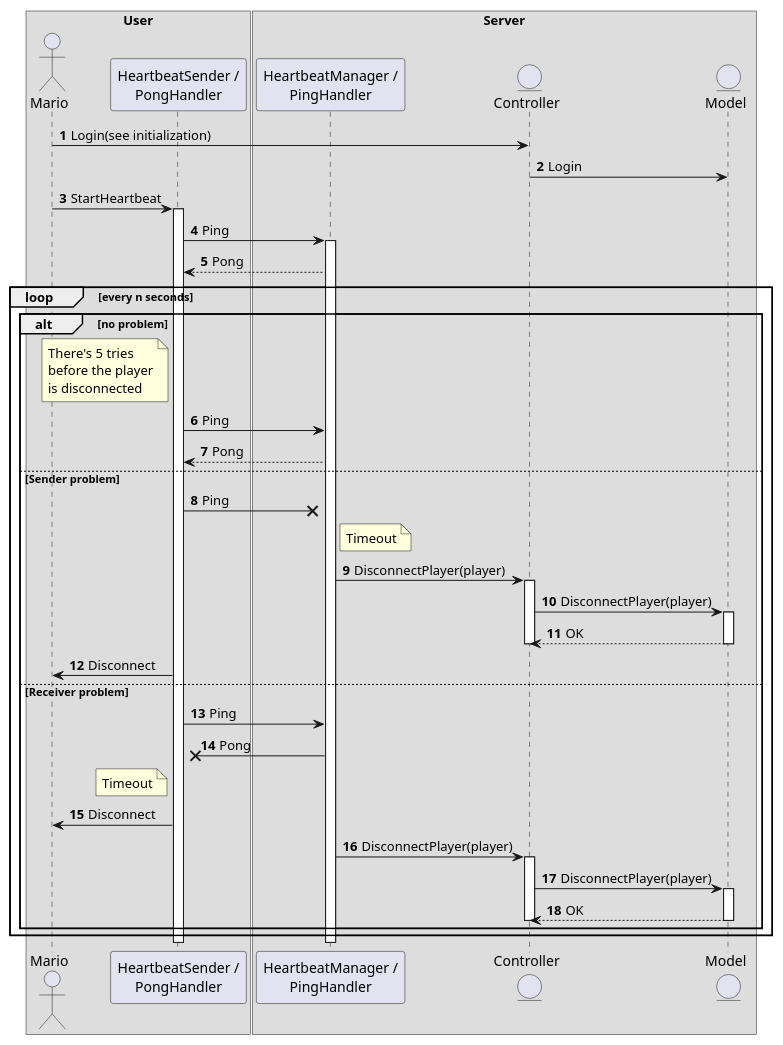
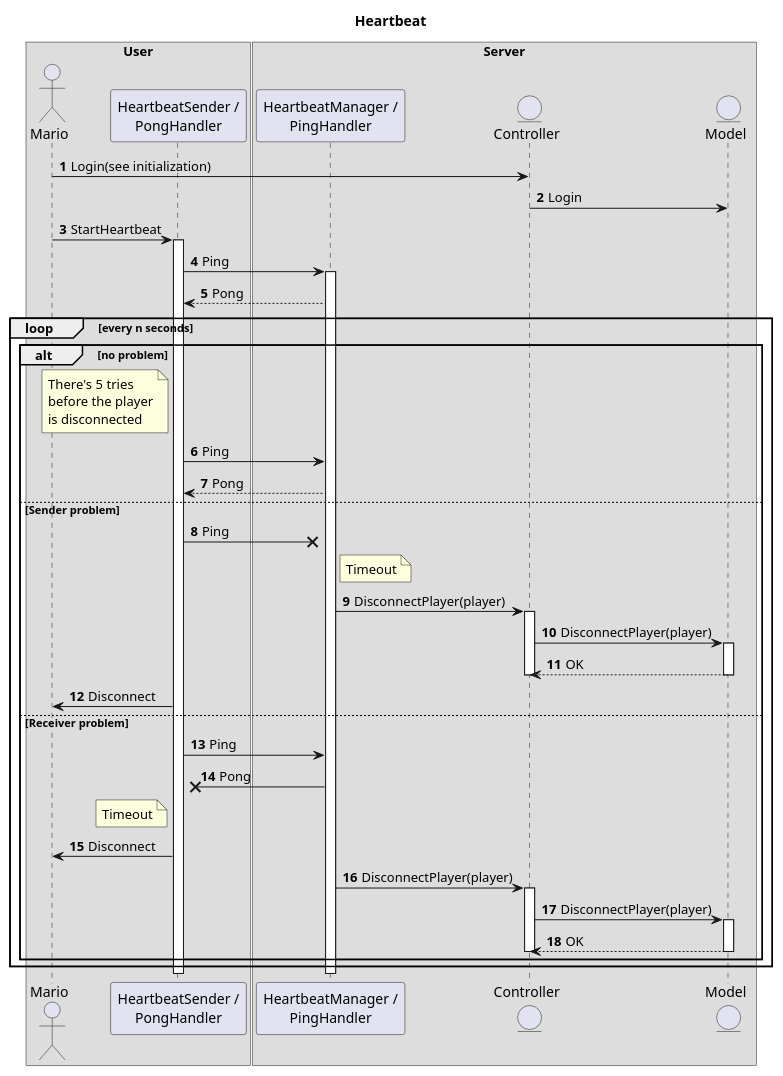
The diagram in UML/Sequence Diagram/src/heartbeat.puml (BiscottiBiscottati/IS24-AM11), drawn with PlantUML before and after one commit. The commit also changed 8 other files, not shown here.

Commit message:
updated game loop sequence diagram

```diff
--- a/UML/Sequence Diagram/src/heartbeat.puml
+++ b/UML/Sequence Diagram/src/heartbeat.puml
@@ -1,74 +1,76 @@
 @startuml heartbeat
 'https://plantuml.com/sequence-diagram
 
 autonumber
+
+title Heartbeat
 
 box User
 actor Mario
 participant "HeartbeatSender /\nPongHandler" as Sender
 end box
 
 box Server
 participant "HeartbeatManager /\nPingHandler" as Receiver
 entity Controller
 entity Model
 end box
 
 Mario -> Controller: Login(see initialization)
 Controller -> Model: Login
 Mario -> Sender: StartHeartbeat
 
 activate Sender
 
 Sender -> Receiver: Ping
 activate Receiver
 
 Receiver --> Sender: Pong
 loop every n seconds
 
     alt no problem
         note left of Sender
             There's 5 tries
             before the player
             is disconnected
         end note
         Sender -> Receiver: Ping
         Receiver --> Sender: Pong
     else Sender problem
         Sender ->X Receiver: Ping
         note right of Receiver
             Timeout
         end note
         Receiver -> Controller: DisconnectPlayer(player)
         activate Controller
 
         Controller -> Model: DisconnectPlayer(player)
         activate Model
 
         Model --> Controller: OK
         deactivate Model
         deactivate Controller
 
         Sender -> Mario: Disconnect
     else Receiver problem
         Sender -> Receiver: Ping
         Receiver ->X Sender: Pong
         note left of Sender
             Timeout
         end note
         Sender -> Mario: Disconnect
         Receiver -> Controller: DisconnectPlayer(player)
         activate Controller
 
         Controller -> Model: DisconnectPlayer(player)
         activate Model
 
         Model --> Controller: OK
         deactivate Model
         deactivate Controller
     end
 end
 deactivate Sender
 deactivate Receiver
 
 @enduml
```
